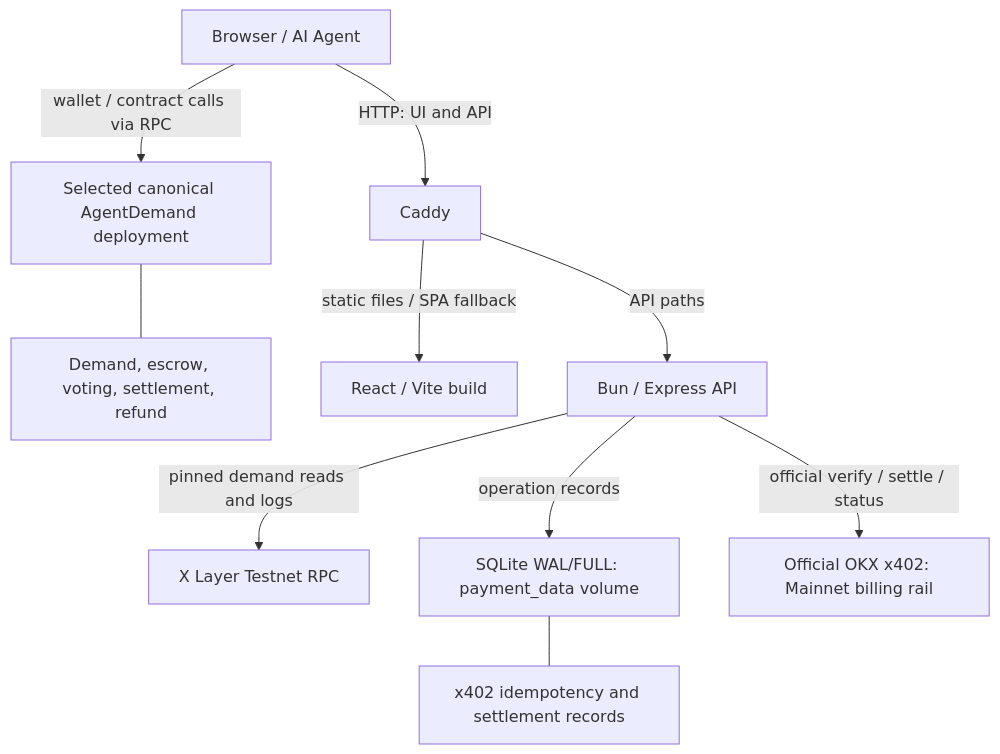
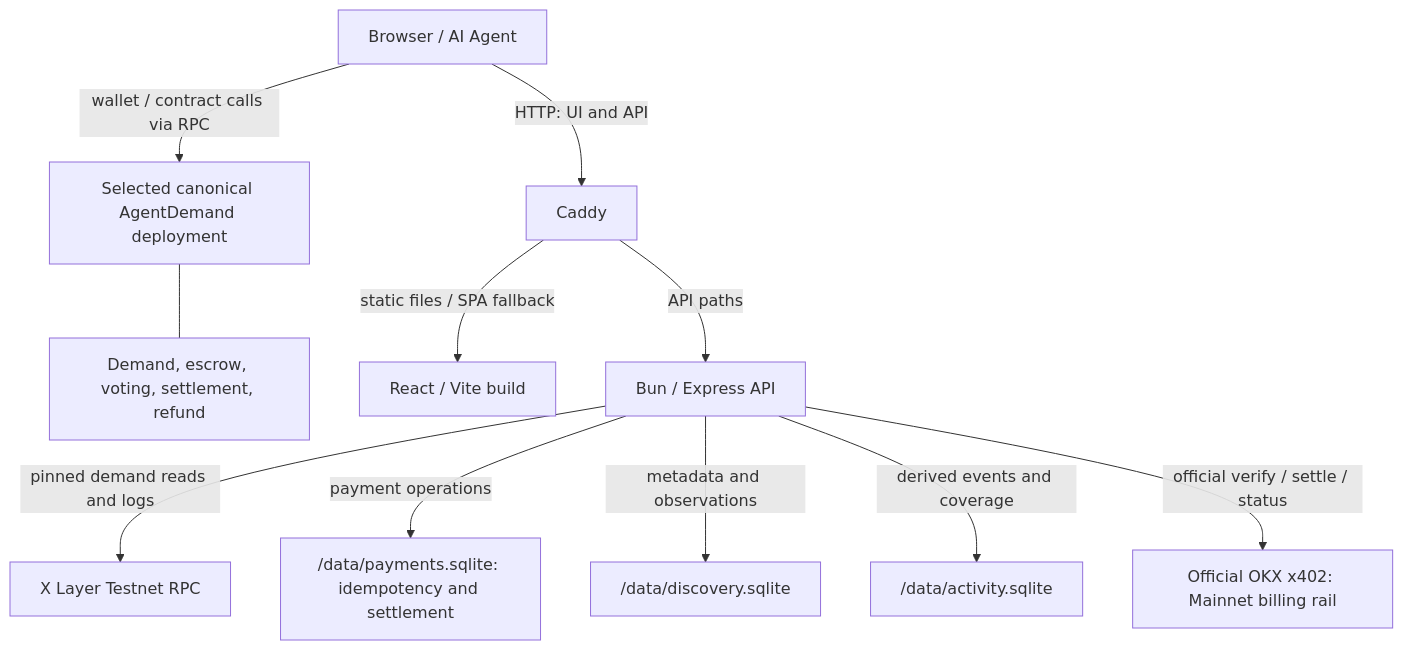
One commit to riyannode/UNMET changed the diagram in docs/ARCHITECTURE.md. Above: the diagram before and after it, drawn with Mermaid. The commit also changed other lines of this file and 24 other files, not shown here.

````diff
--- a/docs/ARCHITECTURE.md
+++ b/docs/ARCHITECTURE.md
@@ -5,12 +5,13 @@
 ```mermaid
 flowchart TD
     U[Browser / AI Agent] -->|wallet / contract calls via RPC| X[Selected canonical AgentDemand deployment]
     X --- E[Demand, escrow, voting, settlement, refund]
     U -->|HTTP: UI and API| C[Caddy]
     C -->|static files / SPA fallback| F[React / Vite build]
     C -->|API paths| B[Bun / Express API]
     B -->|pinned demand reads and logs| R[X Layer Testnet RPC]
-    B -->|operation records| S[SQLite WAL/FULL: payment_data volume]
-    S --- I[x402 idempotency and settlement records]
+    B -->|payment operations| S["/data/payments.sqlite: idempotency and settlement"]
+    B -->|metadata and observations| D["/data/discovery.sqlite"]
+    B -->|derived events and coverage| A["/data/activity.sqlite"]
     B -->|official verify / settle / status| O[Official OKX x402: Mainnet billing rail]
 ```
````
